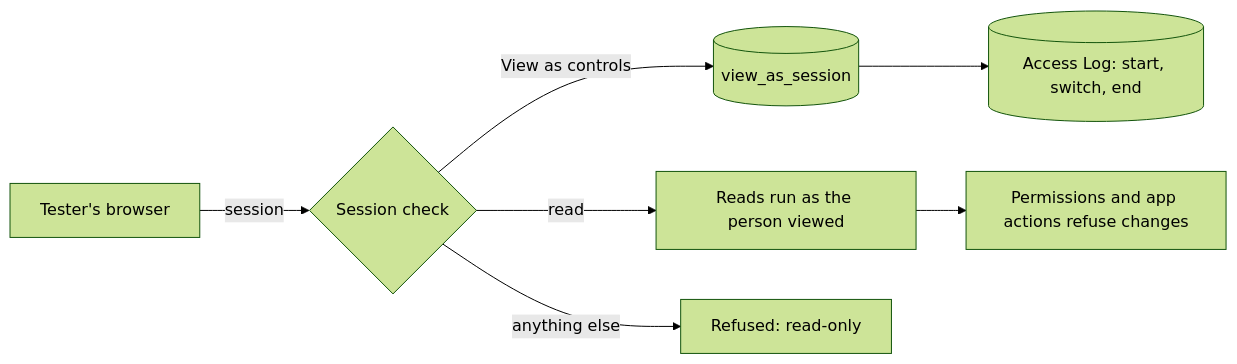
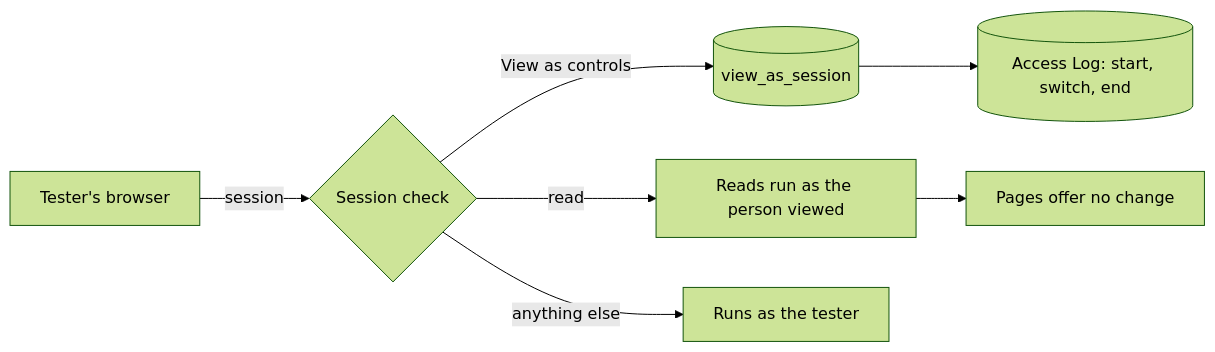
Before and after one commit to siraj-samsudeen/featherbase: the diagram in openspec/changes/view-as/design.md, drawn with Mermaid (forest theme). The commit also changed other lines of this file and 18 other files, not shown here.

First line of the commit message:
[#1222] Keep View as simple: only reads are swapped, a change is the tester's own

````diff
--- a/openspec/changes/view-as/design.md
+++ b/openspec/changes/view-as/design.md
@@ -34,9 +35,9 @@
 ```mermaid
 flowchart LR
   T[Tester's browser] -->|session| C{Session check}
   C -->|View as controls| S[(view_as_session)]
   C -->|read| R[Reads run as the person viewed]
-  C -->|anything else| X[Refused: read-only]
-  R --> G[Permissions and app actions refuse changes]
+  C -->|anything else| X[Runs as the tester]
+  R --> G[Pages offer no change]
   S --> L[(Access Log: start, switch, end)]
 ```
````
